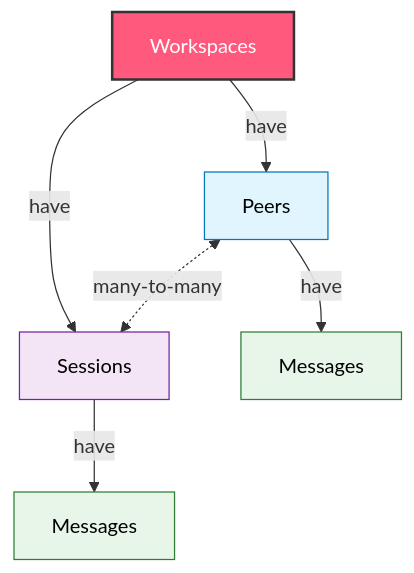
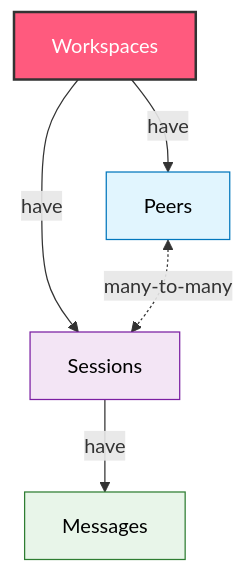
Before and after one commit to plastic-labs/honcho: the diagram in docs/v2/documentation/core-concepts/architecture.mdx, drawn with Mermaid. The commit also changed other lines of this file and 3 other files, not shown here.

````diff
--- a/docs/v2/documentation/core-concepts/architecture.mdx
+++ b/docs/v2/documentation/core-concepts/architecture.mdx
@@ -25,17 +25,14 @@
 ```mermaid
  graph TD
       W[Workspaces] -->|have| P[Peers]
       W -->|have| S[Sessions]
-
-      P -->|have| PM[Messages]
 
       S -->|have| SM[Messages]
 
       P <-.->|many-to-many| S
 
       style W fill:#FF5A7E,stroke:#333,stroke-width:2px,color:#fff
       style P fill:#e1f5fe,stroke:#0277bd,color:#000
       style S fill:#f3e5f5,stroke:#7b1fa2,color:#000
-      style PM fill:#e8f5e9,stroke:#2e7d32,color:#000
       style SM fill:#e8f5e9,stroke:#2e7d32,color:#000
 ```
````
